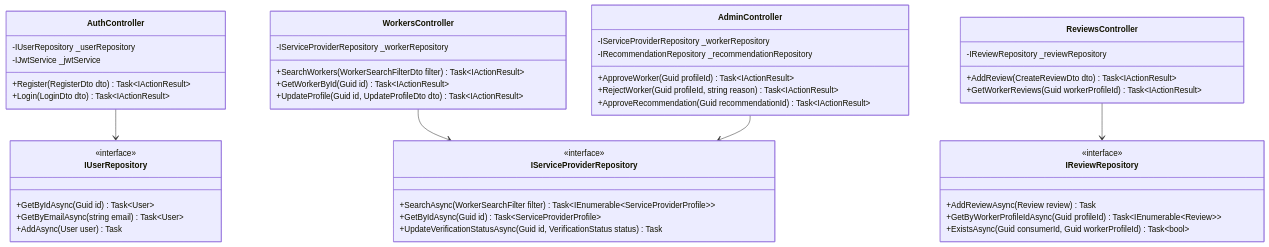
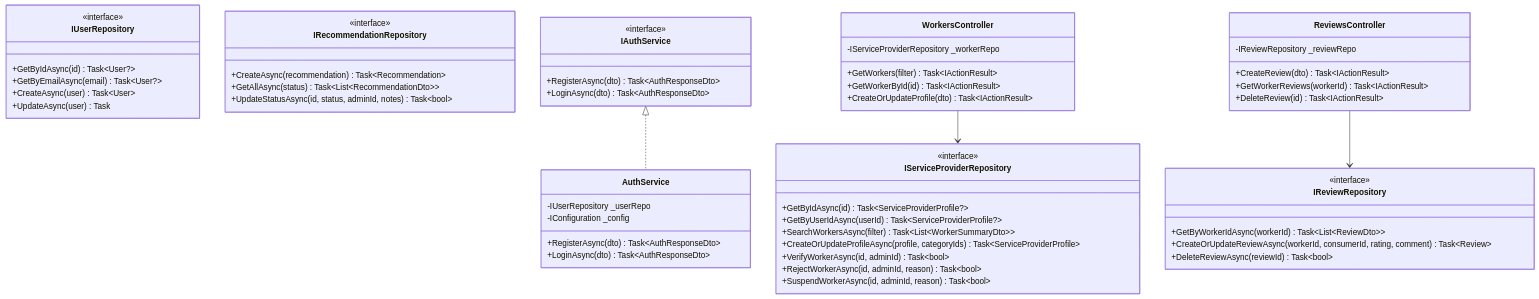
The second of 2 diagrams in docs/Class-diagrams.md (arif-z04/KajBazar), drawn with Mermaid before and after one commit. The commit also changed other lines of this file and 92 other files, not shown here.

````diff
--- a/docs/Class-diagrams.md
+++ b/docs/Class-diagrams.md
@@ -127,56 +159,66 @@
 ```mermaid
 classDiagram
-    class AuthController {
-        -IUserRepository _userRepository
-        -IJwtService _jwtService
-        +Register(RegisterDto dto) Task~IActionResult~
-        +Login(LoginDto dto) Task~IActionResult~
-    }
-
-    class WorkersController {
-        -IServiceProviderRepository _workerRepository
-        +SearchWorkers(WorkerSearchFilterDto filter) Task~IActionResult~
-        +GetWorkerById(Guid id) Task~IActionResult~
-        +UpdateProfile(Guid id, UpdateProfileDto dto) Task~IActionResult~
-    }
-
-    class ReviewsController {
-        -IReviewRepository _reviewRepository
-        +AddReview(CreateReviewDto dto) Task~IActionResult~
-        +GetWorkerReviews(Guid workerProfileId) Task~IActionResult~
-    }
-
-    class AdminController {
-        -IServiceProviderRepository _workerRepository
-        -IRecommendationRepository _recommendationRepository
-        +ApproveWorker(Guid profileId) Task~IActionResult~
-        +RejectWorker(Guid profileId, string reason) Task~IActionResult~
-        +ApproveRecommendation(Guid recommendationId) Task~IActionResult~
-    }
-
     class IUserRepository {
         <<interface>>
-        +GetByIdAsync(Guid id) Task~User~
-        +GetByEmailAsync(string email) Task~User~
-        +AddAsync(User user) Task
+        +GetByIdAsync(id) Task~User?~
+        +GetByEmailAsync(email) Task~User?~
+        +CreateAsync(user) Task~User~
+        +UpdateAsync(user) Task
     }
 
     class IServiceProviderRepository {
         <<interface>>
-        +SearchAsync(WorkerSearchFilter filter) Task~IEnumerable~ServiceProviderProfile~~
-        +GetByIdAsync(Guid id) Task~ServiceProviderProfile~
-        +UpdateVerificationStatusAsync(Guid id, VerificationStatus status) Task
+        +GetByIdAsync(id) Task~ServiceProviderProfile?~
+        +GetByUserIdAsync(userId) Task~ServiceProviderProfile?~
+        +SearchWorkersAsync(filter) Task~List~WorkerSummaryDto~~
+        +CreateOrUpdateProfileAsync(profile, categoryIds) Task~ServiceProviderProfile~
+        +VerifyWorkerAsync(id, adminId) Task~bool~
+        +RejectWorkerAsync(id, adminId, reason) Task~bool~
+        +SuspendWorkerAsync(id, adminId, reason) Task~bool~
     }
 
     class IReviewRepository {
         <<interface>>
-        +AddReviewAsync(Review review) Task
-        +GetByWorkerProfileIdAsync(Guid profileId) Task~IEnumerable~Review~~
-        +ExistsAsync(Guid consumerId, Guid workerProfileId) Task~bool~
+        +GetByWorkerIdAsync(workerId) Task~List~ReviewDto~~
+        +CreateOrUpdateReviewAsync(workerId, consumerId, rating, comment) Task~Review~
+        +DeleteReviewAsync(reviewId) Task~bool~
     }
 
-    AuthController --> IUserRepository
+    class IRecommendationRepository {
+        <<interface>>
+        +CreateAsync(recommendation) Task~Recommendation~
+        +GetAllAsync(status) Task~List~RecommendationDto~~
+        +UpdateStatusAsync(id, status, adminId, notes) Task~bool~
+    }
+
+    class IAuthService {
+        <<interface>>
+        +RegisterAsync(dto) Task~AuthResponseDto~
+        +LoginAsync(dto) Task~AuthResponseDto~
+    }
+
+    class AuthService {
+        -IUserRepository _userRepo
+        -IConfiguration _config
+        +RegisterAsync(dto) Task~AuthResponseDto~
+        +LoginAsync(dto) Task~AuthResponseDto~
+    }
+
+    class WorkersController {
+        -IServiceProviderRepository _workerRepo
+        +GetWorkers(filter) Task~IActionResult~
+        +GetWorkerById(id) Task~IActionResult~
+        +CreateOrUpdateProfile(dto) Task~IActionResult~
+    }
+
+    class ReviewsController {
+        -IReviewRepository _reviewRepo
+        +CreateReview(dto) Task~IActionResult~
+        +GetWorkerReviews(workerId) Task~IActionResult~
+        +DeleteReview(id) Task~IActionResult~
+    }
+
+    IAuthService <|.. AuthService
     WorkersController --> IServiceProviderRepository
     ReviewsController --> IReviewRepository
-    AdminController --> IServiceProviderRepository
 ```
````
